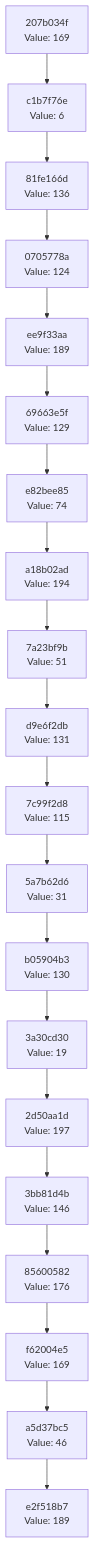
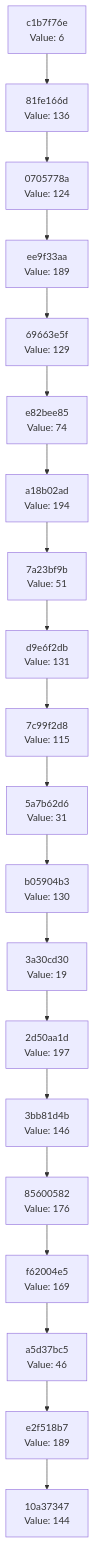
Before and after one commit to Abhisheksinha1506/hash-chain-evolver: the diagram in docs/CHAIN_VISUALIZATION.md, drawn with Mermaid. The commit also changed 3 other files, not shown here.

````diff
--- a/docs/CHAIN_VISUALIZATION.md
+++ b/docs/CHAIN_VISUALIZATION.md
@@ -3,42 +3,42 @@
 ```mermaid
 graph TD
-    C0["e2f518b7<br/>Value: 189"]
-    C1["a5d37bc5<br/>Value: 46"]
+    C0["10a37347<br/>Value: 144"]
+    C1["e2f518b7<br/>Value: 189"]
     C1 --> C0
-    C2["f62004e5<br/>Value: 169"]
+    C2["a5d37bc5<br/>Value: 46"]
     C2 --> C1
-    C3["85600582<br/>Value: 176"]
+    C3["f62004e5<br/>Value: 169"]
     C3 --> C2
-    C4["3bb81d4b<br/>Value: 146"]
+    C4["85600582<br/>Value: 176"]
     C4 --> C3
-    C5["2d50aa1d<br/>Value: 197"]
+    C5["3bb81d4b<br/>Value: 146"]
     C5 --> C4
-    C6["3a30cd30<br/>Value: 19"]
+    C6["2d50aa1d<br/>Value: 197"]
     C6 --> C5
-    C7["b05904b3<br/>Value: 130"]
+    C7["3a30cd30<br/>Value: 19"]
     C7 --> C6
-    C8["5a7b62d6<br/>Value: 31"]
+    C8["b05904b3<br/>Value: 130"]
     C8 --> C7
-    C9["7c99f2d8<br/>Value: 115"]
+    C9["5a7b62d6<br/>Value: 31"]
     C9 --> C8
-    C10["d9e6f2db<br/>Value: 131"]
+    C10["7c99f2d8<br/>Value: 115"]
     C10 --> C9
-    C11["7a23bf9b<br/>Value: 51"]
+    C11["d9e6f2db<br/>Value: 131"]
     C11 --> C10
-    C12["a18b02ad<br/>Value: 194"]
+    C12["7a23bf9b<br/>Value: 51"]
     C12 --> C11
-    C13["e82bee85<br/>Value: 74"]
+    C13["a18b02ad<br/>Value: 194"]
     C13 --> C12
-    C14["69663e5f<br/>Value: 129"]
+    C14["e82bee85<br/>Value: 74"]
     C14 --> C13
-    C15["ee9f33aa<br/>Value: 189"]
+    C15["69663e5f<br/>Value: 129"]
     C15 --> C14
-    C16["0705778a<br/>Value: 124"]
+    C16["ee9f33aa<br/>Value: 189"]
     C16 --> C15
-    C17["81fe166d<br/>Value: 136"]
+    C17["0705778a<br/>Value: 124"]
     C17 --> C16
-    C18["c1b7f76e<br/>Value: 6"]
+    C18["81fe166d<br/>Value: 136"]
     C18 --> C17
-    C19["207b034f<br/>Value: 169"]
+    C19["c1b7f76e<br/>Value: 6"]
     C19 --> C18
 ```
````
